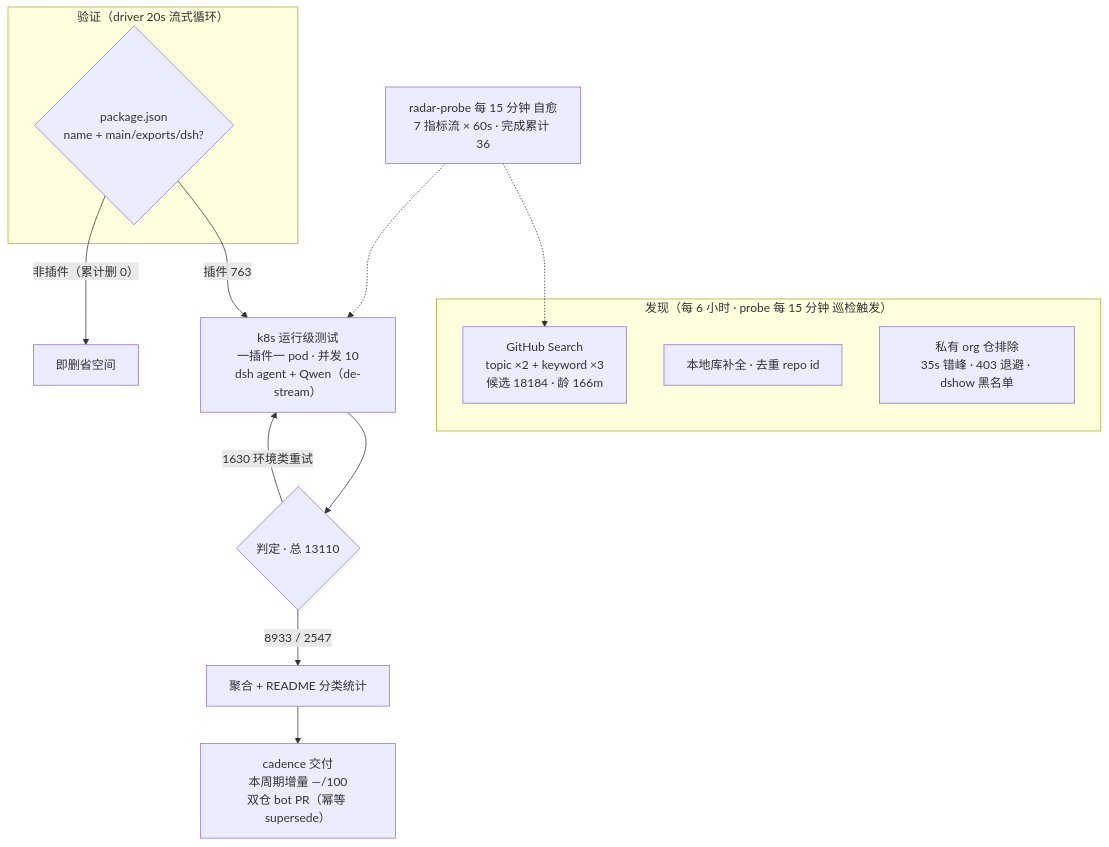
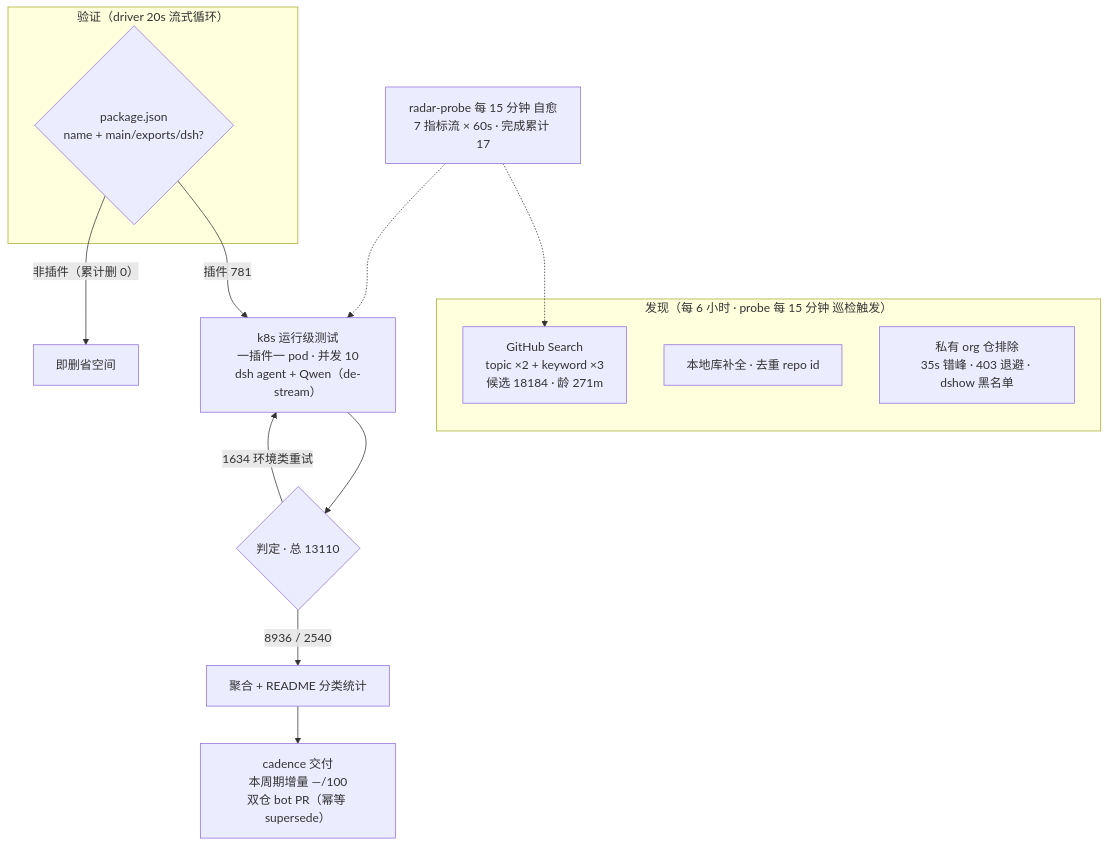
The diagram in README.md (AdamPlatin123/awesome-dsh-plugins), drawn with Mermaid before and after one commit. The commit also changed other lines of this file and 5 other files, not shown here.

````diff
--- a/README.md
+++ b/README.md
@@ -52,20 +52,20 @@
 ```mermaid
 flowchart TB
     subgraph Discovery["发现（每 6 小时 · probe 每 15 分钟 巡检触发）"]
-        A1["GitHub Search<br/>topic ×2 + keyword ×3<br/>候选 18184 · 龄 166m"]
+        A1["GitHub Search<br/>topic ×2 + keyword ×3<br/>候选 18184 · 龄 271m"]
         A2["本地库补全 · 去重 repo id"]
         A3["私有 org 仓排除<br/>35s 错峰 · 403 退避 · dshow 黑名单"]
     end
     subgraph Validation["验证（driver 20s 流式循环）"]
         B1{"package.json<br/>name + main/exports/dsh?"}
     end
-    B1 -->|"插件 763"| C1["k8s 运行级测试<br/>一插件一 pod · 并发 10<br/>dsh agent + Qwen（de-stream）"]
+    B1 -->|"插件 781"| C1["k8s 运行级测试<br/>一插件一 pod · 并发 10<br/>dsh agent + Qwen（de-stream）"]
     B1 -->|"非插件（累计删 0）"| B3["即删省空间"]
     C1 --> D1{"判定 · 总 13110"}
-    D1 -->|"8933 / 2547"| E1["聚合 + README 分类统计"]
-    D1 -->|"1630 环境类重试"| C1
+    D1 -->|"8936 / 2540"| E1["聚合 + README 分类统计"]
+    D1 -->|"1634 环境类重试"| C1
     E1 --> E2["cadence 交付<br/>本周期增量 —/100<br/>双仓 bot PR（幂等 supersede）"]
-    M["radar-probe 每 15 分钟 自愈<br/>7 指标流 × 60s · 完成累计 36"]
+    M["radar-probe 每 15 分钟 自愈<br/>7 指标流 × 60s · 完成累计 17"]
     M -.-> A1
     M -.-> C1
 ```
````
